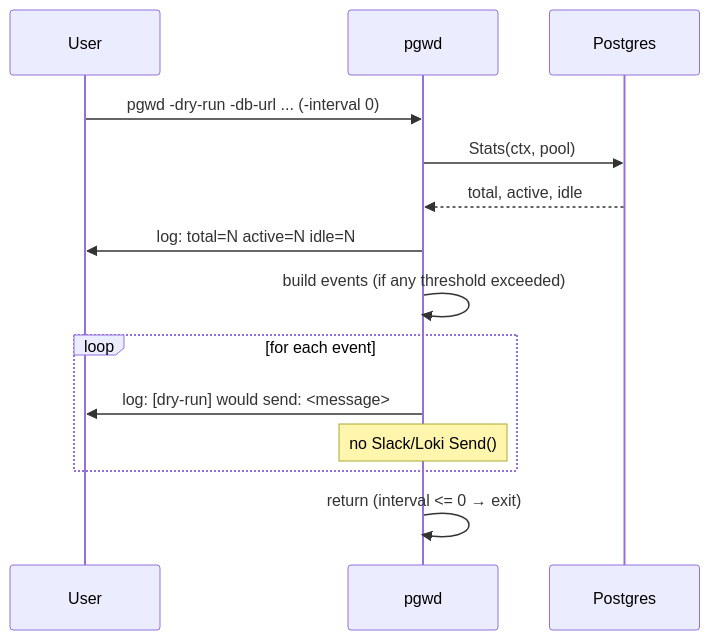
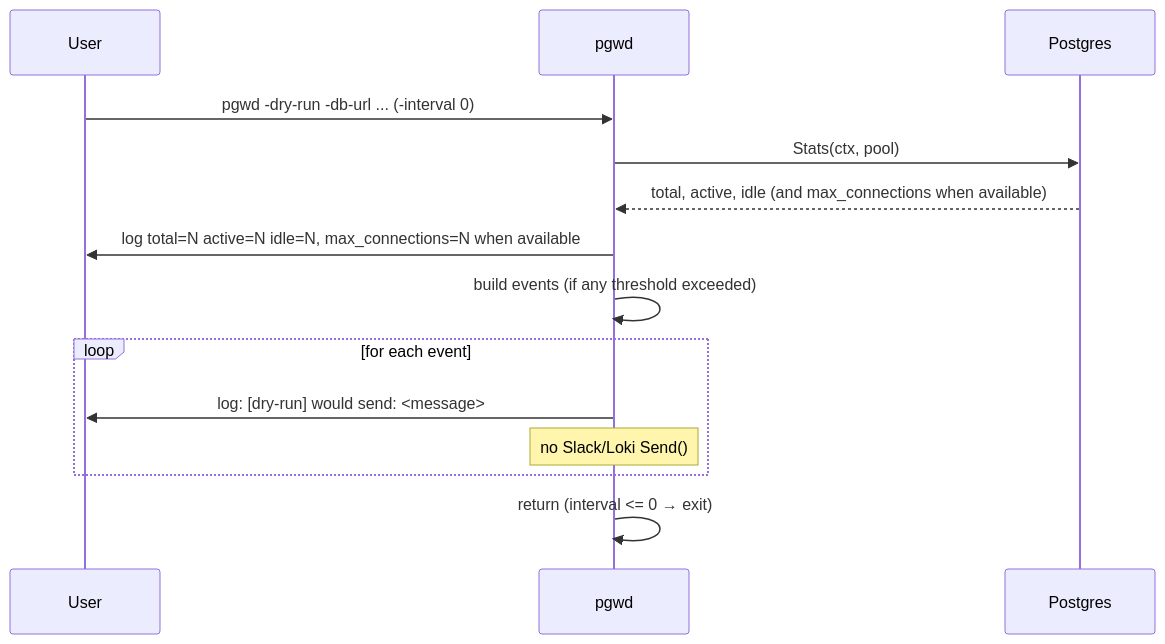
Before and after one commit to hrodrig/pgwd: the diagram in docs/sequence/04-dry-run.md, drawn with Mermaid. The commit also changed 12 other files, not shown here.

First line of the commit message:
docs: sequence diagrams Mermaid fixes, AUDIT vs code, CHANGELOG from PLAN, rules

````diff
--- a/docs/sequence/04-dry-run.md
+++ b/docs/sequence/04-dry-run.md
@@ -5,17 +5,17 @@
 ```mermaid
 sequenceDiagram
     participant User
     participant pgwd
     participant Postgres
 
     User->>pgwd: pgwd -dry-run -db-url ... (-interval 0)
     pgwd->>Postgres: Stats(ctx, pool)
-    Postgres-->>pgwd: total, active, idle
-    pgwd->>User: log: total=N active=N idle=N
+    Postgres-->>pgwd: total, active, idle (and max_connections when available)
+    pgwd->>User: log total=N active=N idle=N, max_connections=N when available
     pgwd->>pgwd: build events (if any threshold exceeded)
     loop for each event
         pgwd->>User: log: [dry-run] would send: <message>
         Note over pgwd: no Slack/Loki Send()
     end
     pgwd->>pgwd: return (interval <= 0 → exit)
 ```
````
